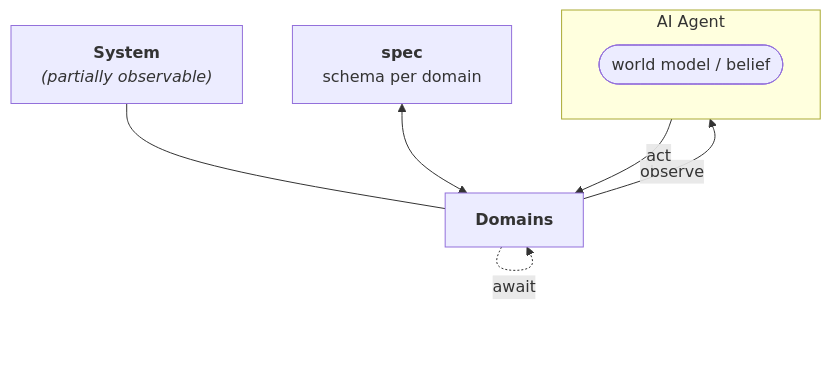
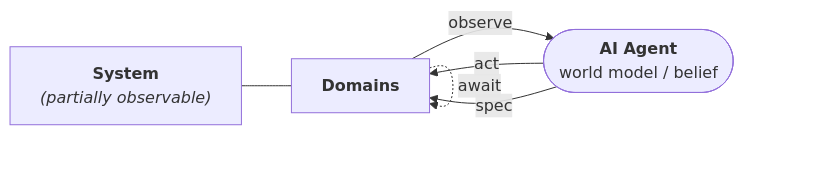
Before and after one commit to xuy/world: the diagram in README.md, drawn with Mermaid. The commit also changed other lines of this file, not shown here.

Commit message:
Fix diagram layout: use LR flow for cleaner rendering

````diff
--- a/README.md
+++ b/README.md
@@ -11,16 +11,12 @@
 ```mermaid
-graph TB
+graph LR
     System["<b>System</b><br/><i>(partially observable)</i>"]
+    Domains["<b>Domains</b>"]
+    Agent(["<b>AI Agent</b><br/>world model / belief"])
 
-    System --- Domains["<b>Domains</b>"]
-
-    Spec["<b>spec</b><br/>schema per domain"] <--> Domains
-
+    System --- Domains
     Domains -- "observe" --> Agent
     Agent -- "act" --> Domains
     Domains -. "await" .-> Domains
-
-    subgraph Agent ["AI Agent"]
-        WorldModel(["world model / belief"])
-    end
+    Agent -- "spec" --> Domains
 ```
````
